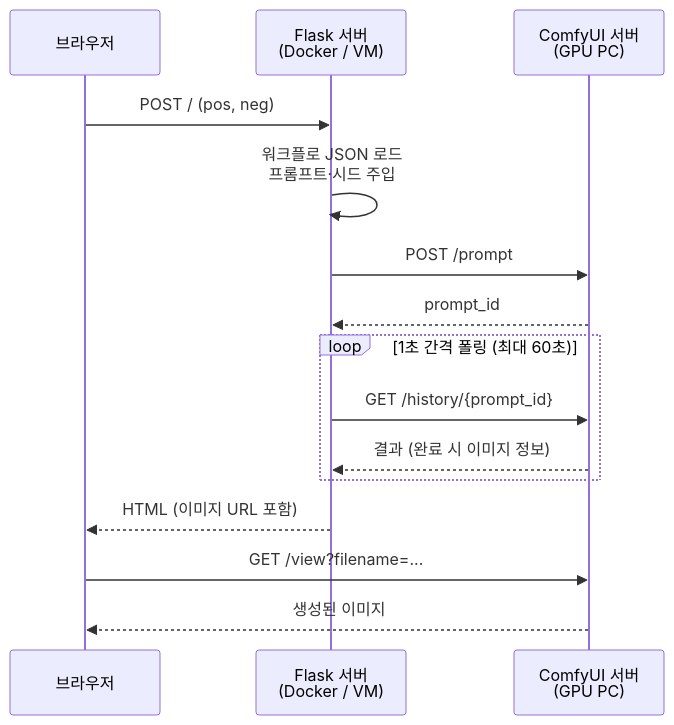
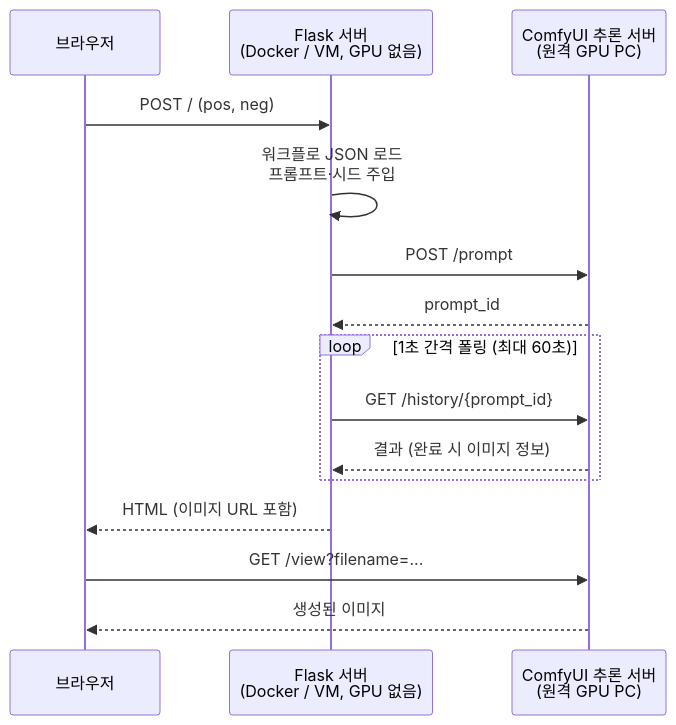
Before and after one commit to a38200-pixel/comfyui: the diagram in README.md, drawn with Mermaid. The commit also changed other lines of this file and 2 other files, not shown here.

````diff
--- a/README.md
+++ b/README.md
@@ -37,18 +41,18 @@
 ```mermaid
 sequenceDiagram
     participant B as 브라우저
-    participant F as Flask 서버<br/>(Docker / VM)
-    participant C as ComfyUI 서버<br/>(GPU PC)
+    participant F as Flask 서버<br/>(Docker / VM, GPU 없음)
+    participant C as ComfyUI 추론 서버<br/>(원격 GPU PC)
 
     B->>F: POST / (pos, neg)
     F->>F: 워크플로 JSON 로드<br/>프롬프트·시드 주입
     F->>C: POST /prompt
     C-->>F: prompt_id
     loop 1초 간격 폴링 (최대 60초)
         F->>C: GET /history/{prompt_id}
         C-->>F: 결과 (완료 시 이미지 정보)
     end
     F-->>B: HTML (이미지 URL 포함)
     B->>C: GET /view?filename=...
     C-->>B: 생성된 이미지
 ```
````
